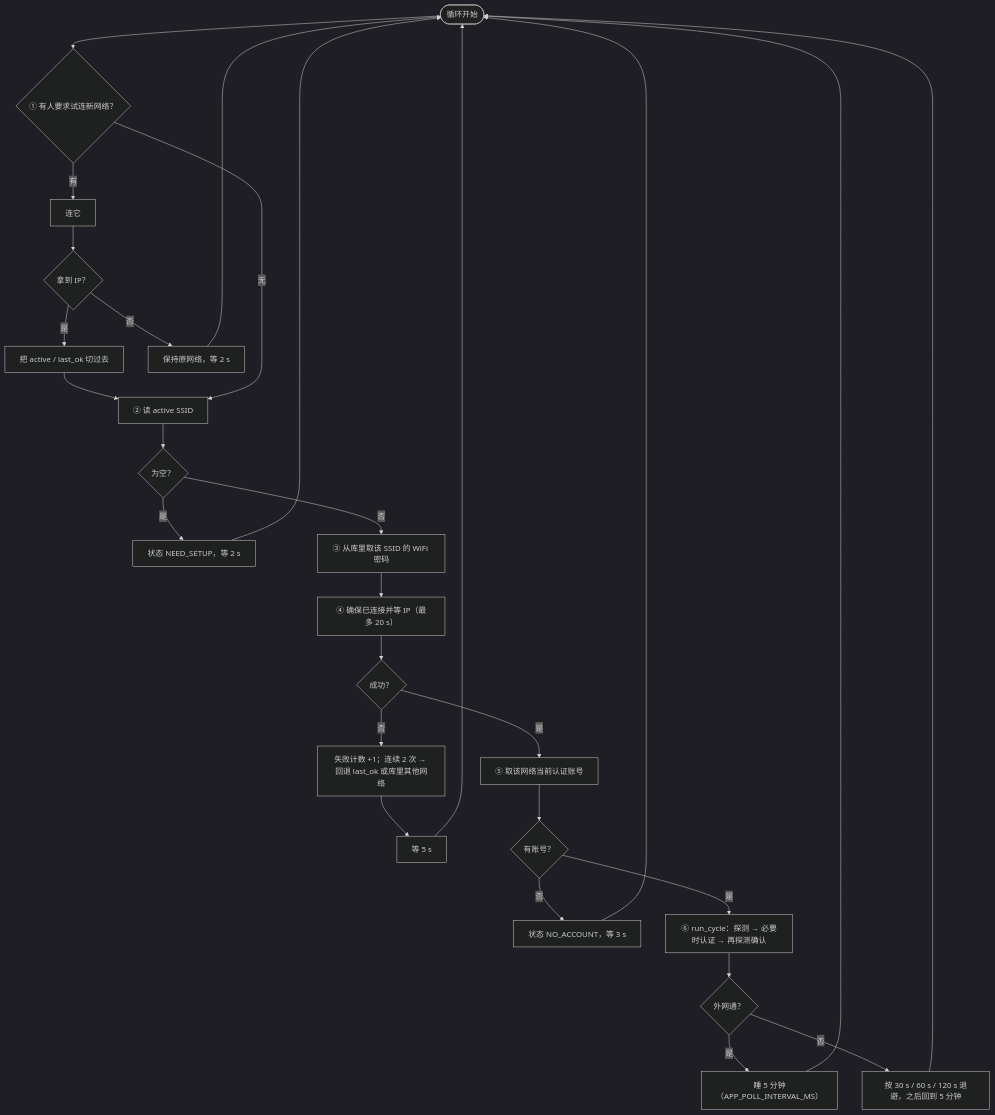
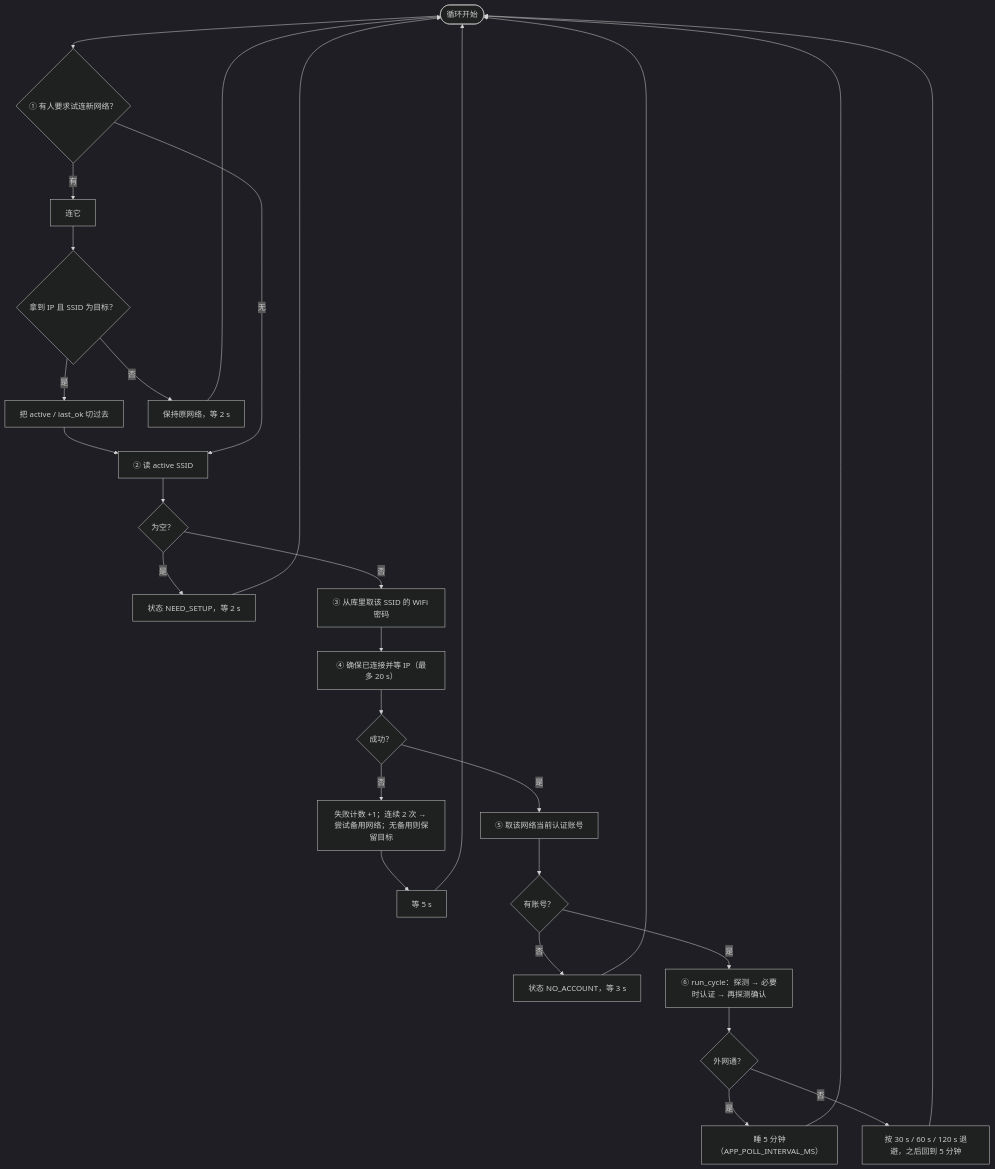
The fourth of 7 diagrams in README.md (Tommie-P-xl/esp32s3-netkeeper), drawn with Mermaid (dark theme) before and after one commit. The commit also changed other lines of this file and 7 other files, not shown here.

````diff
--- a/README.md
+++ b/README.md
@@ -567,23 +597,23 @@
 ```mermaid
 flowchart TD
     S([循环开始]) --> A{"① 有人要求试连新网络？"}
     A -- 有 --> A1["连它"]
-    A1 --> A2{"拿到 IP？"}
+    A1 --> A2{"拿到 IP 且 SSID 为目标？"}
     A2 -- 是 --> A3["把 active / last_ok 切过去"]
     A3 --> B
     A2 -- 否 --> A4["保持原网络，等 2 s"] --> S
     A -- 无 --> B["② 读 active SSID"]
     B --> B1{"为空？"}
     B1 -- 是 --> B2["状态 NEED_SETUP，等 2 s"] --> S
     B1 -- 否 --> C["③ 从库里取该 SSID 的 WiFi 密码"]
     C --> D["④ 确保已连接并等 IP（最多 20 s）"]
     D --> D1{"成功？"}
-    D1 -- 否 --> D2["失败计数 +1；连续 2 次 → 回退 last_ok 或库里其他网络"] --> D3["等 5 s"] --> S
+    D1 -- 否 --> D2["失败计数 +1；连续 2 次 → 尝试备用网络；无备用则保留目标"] --> D3["等 5 s"] --> S
     D1 -- 是 --> E["⑤ 取该网络当前认证账号"]
     E --> E1{"有账号？"}
     E1 -- 否 --> E2["状态 NO_ACCOUNT，等 3 s"] --> S
     E1 -- 是 --> F["⑥ run_cycle：探测 → 必要时认证 → 再探测确认"]
     F --> F1{"外网通？"}
     F1 -- 是 --> F2["睡 5 分钟（APP_POLL_INTERVAL_MS）"] --> S
     F1 -- 否 --> F3["按 30 s / 60 s / 120 s 退避，之后回到 5 分钟"] --> S
 ```
````
